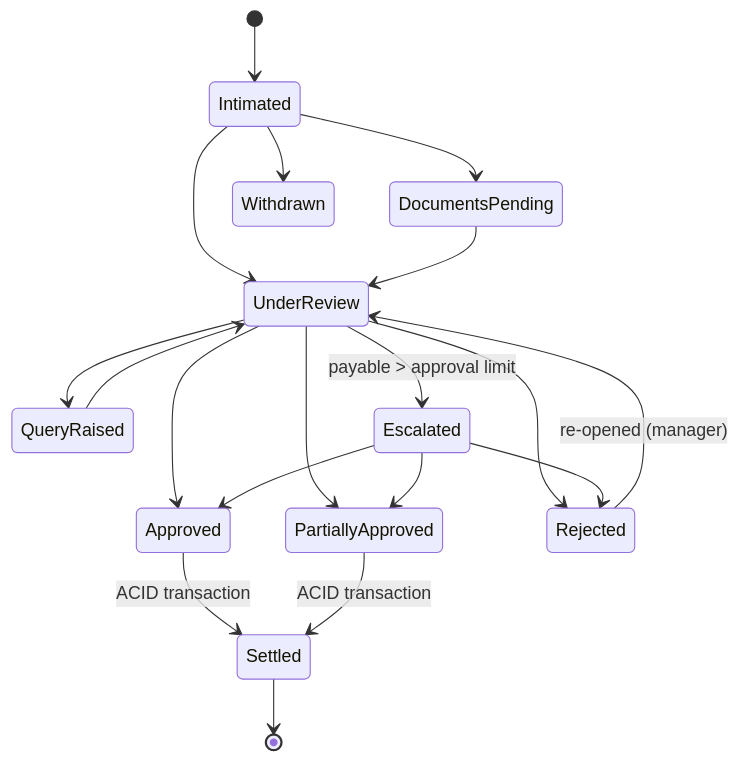
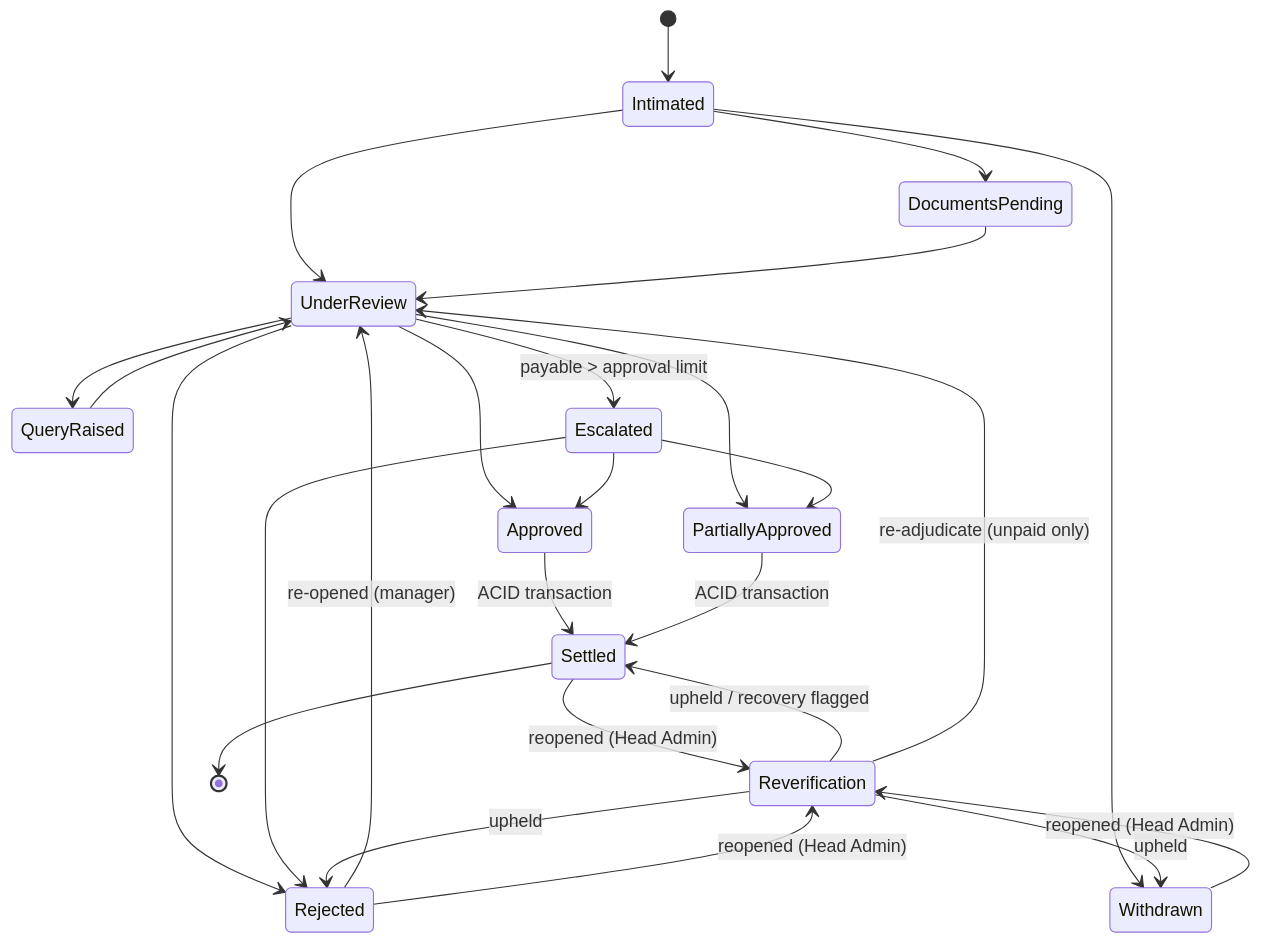
Before and after one commit to nirupamraut-2062/Health_Insurance_Claim_Processing-_System: the second of 2 diagrams in README.md, drawn with Mermaid. The commit also changed other lines of this file and 55 other files, not shown here.

````diff
--- a/README.md
+++ b/README.md
@@ -144,21 +237,28 @@
 ```mermaid
 stateDiagram-v2
     [*] --> Intimated
     Intimated --> DocumentsPending
     Intimated --> UnderReview
     DocumentsPending --> UnderReview
     UnderReview --> QueryRaised
     QueryRaised --> UnderReview
     UnderReview --> Escalated: payable > approval limit
     UnderReview --> Approved
     UnderReview --> PartiallyApproved
     UnderReview --> Rejected
     Escalated --> Approved
     Escalated --> PartiallyApproved
     Escalated --> Rejected
     Approved --> Settled: ACID transaction
     PartiallyApproved --> Settled: ACID transaction
     Rejected --> UnderReview: re-opened (manager)
     Intimated --> Withdrawn
+    Settled --> Reverification: reopened (Head Admin)
+    Rejected --> Reverification: reopened (Head Admin)
+    Withdrawn --> Reverification: reopened (Head Admin)
+    Reverification --> Settled: upheld / recovery flagged
+    Reverification --> Rejected: upheld
+    Reverification --> Withdrawn: upheld
+    Reverification --> UnderReview: re-adjudicate (unpaid only)
     Settled --> [*]
 ```
````
